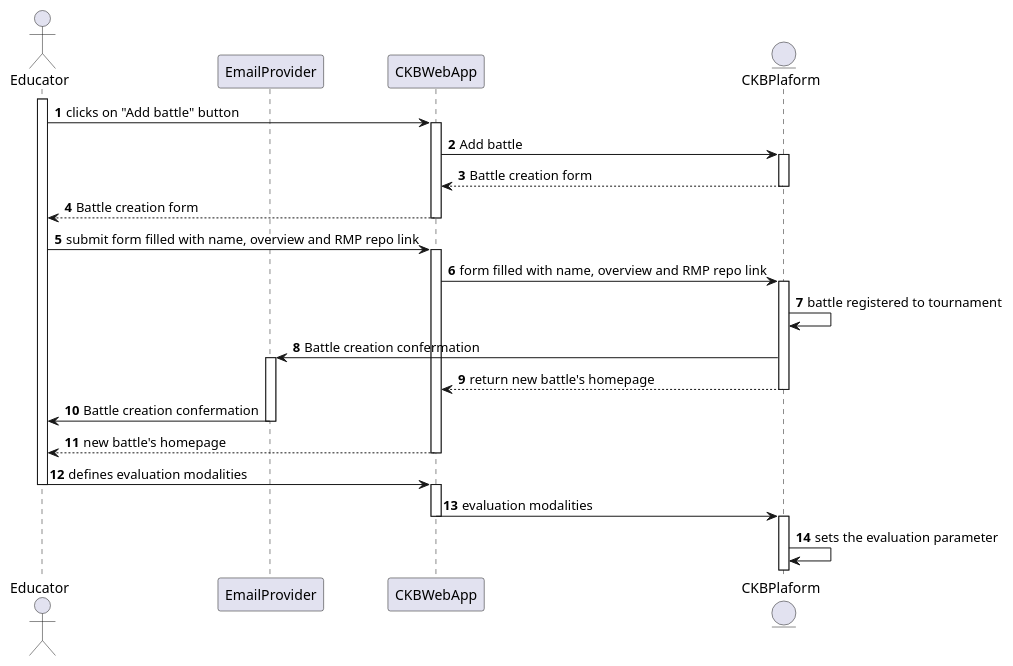
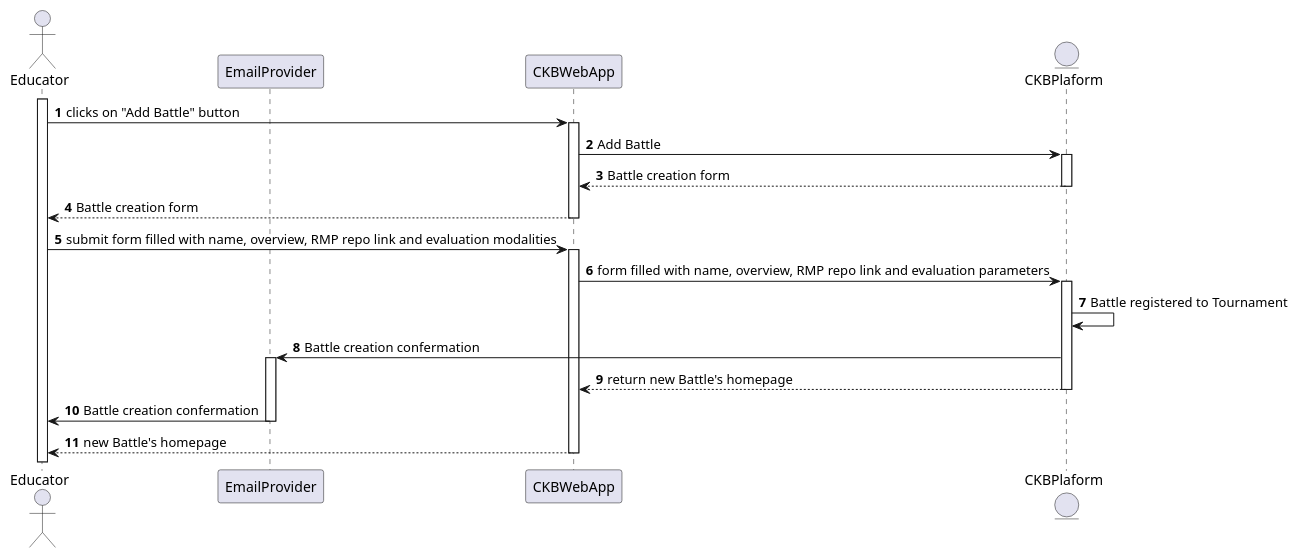
The diagram in _RASD/Images/UML/sequenceDiagram/sequenceDiagramUC6.wsd (Angelo7672/SE2_Requirement-and-Design-Document), drawn with PlantUML before and after one commit. The commit also changed 11 other files, not shown here.

```diff
--- a/_RASD/Images/UML/sequenceDiagram/sequenceDiagramUC6.wsd
+++ b/_RASD/Images/UML/sequenceDiagram/sequenceDiagramUC6.wsd
@@ -1,40 +1,33 @@
 @startuml
 
 autonumber
 
 actor Educator
 participant EmailProvider as Email
 participant CKBWebApp as App
 entity CKBPlaform as Platform
 
 activate Educator
-Educator -> App: clicks on "Add battle" button
+Educator -> App: clicks on "Add Battle" button
 activate App
-App -> Platform: Add battle
+App -> Platform: Add Battle
 activate Platform
 Platform --> App: Battle creation form
 deactivate Platform
 App --> Educator: Battle creation form
 deactivate App
-Educator -> App: submit form filled with name, overview and RMP repo link
+Educator -> App: submit form filled with name, overview, RMP repo link and evaluation modalities
 activate App
-App -> Platform: form filled with name, overview and RMP repo link
+App -> Platform: form filled with name, overview, RMP repo link and evaluation parameters
 activate Platform
-Platform -> Platform: battle registered to tournament
+Platform -> Platform: Battle registered to Tournament
 Platform -> Email: Battle creation confermation
 activate Email
-Platform --> App: return new battle's homepage
+Platform --> App: return new Battle's homepage
 deactivate Platform
 Email -> Educator: Battle creation confermation
 deactivate Email
-App --> Educator: new battle's homepage
+App --> Educator: new Battle's homepage
 deactivate App
-Educator -> App: defines evaluation modalities
-deactivate Educator
-activate App
-App -> Platform: evaluation modalities
-deactivate App
-activate Platform
-Platform -> Platform: sets the evaluation parameter
 
 @enduml
```
